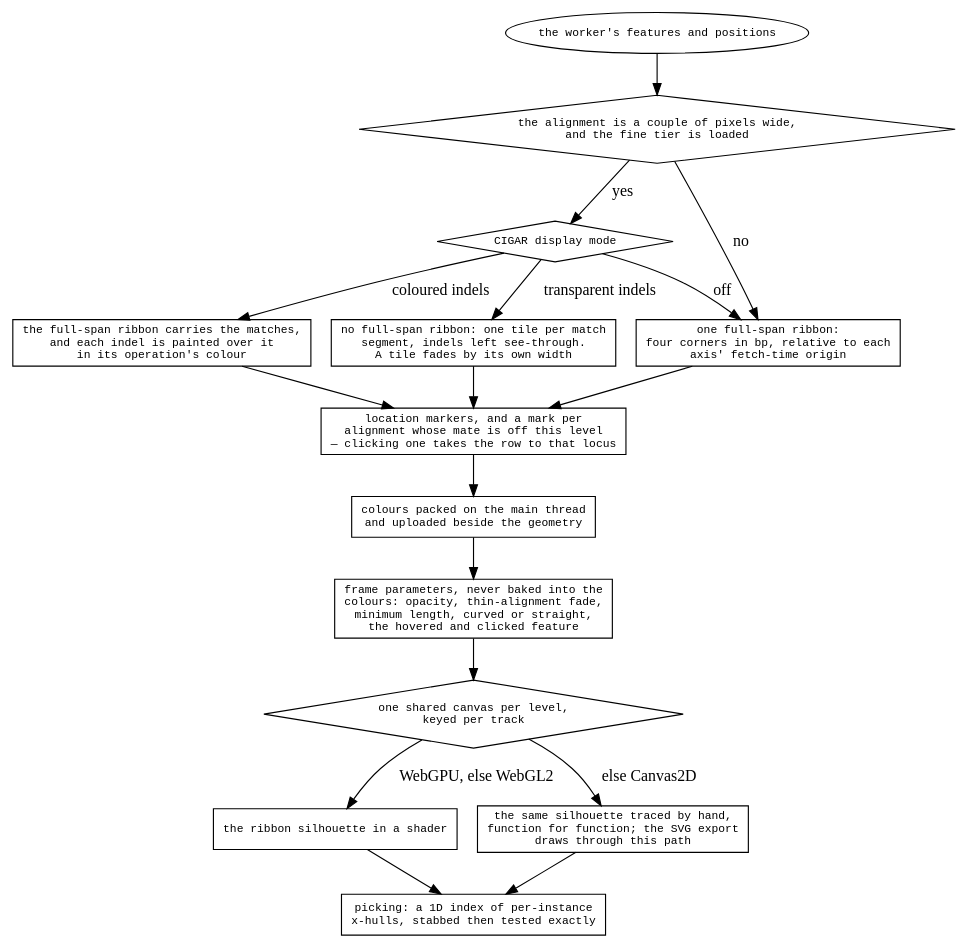
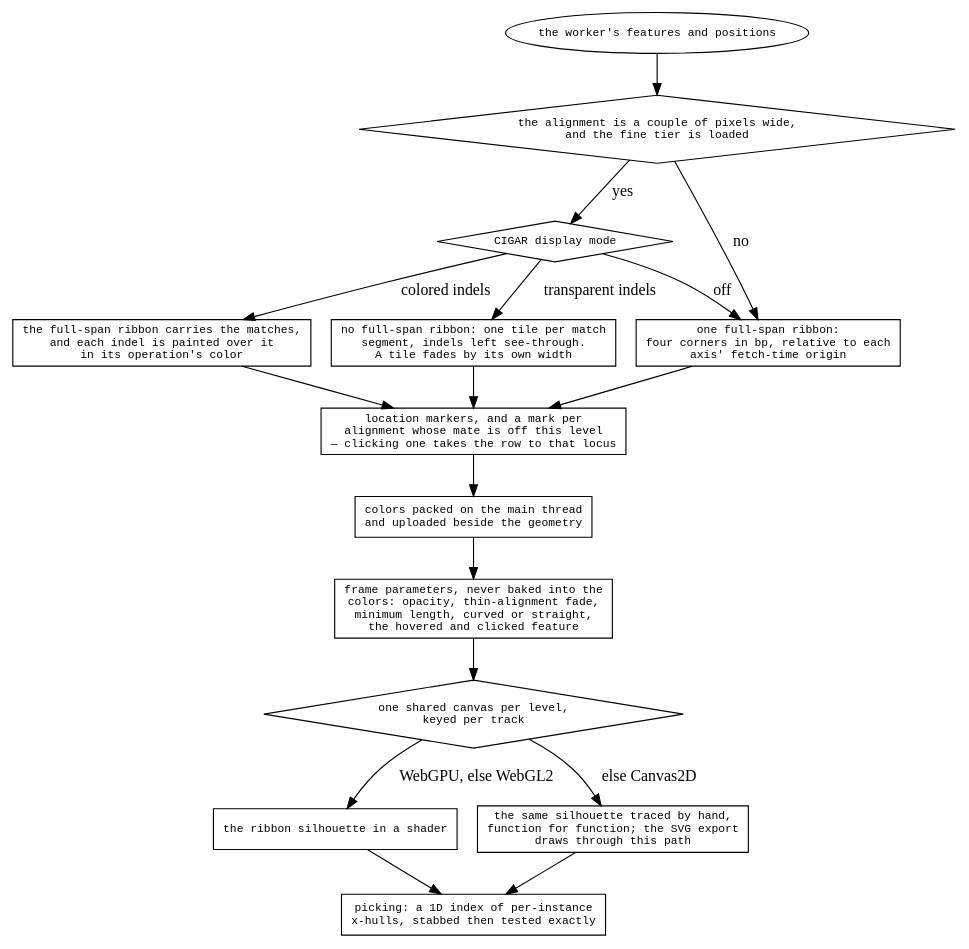
One commit to GMOD/jbrowse-components changed the diagram in agent-docs/reference/diagrams/synteny-draw.dot. Above: the diagram before and after it, drawn with Graphviz. The commit also changed 1109 other files, not shown here.

```diff
--- a/agent-docs/reference/diagrams/synteny-draw.dot
+++ b/agent-docs/reference/diagrams/synteny-draw.dot
@@ -1,37 +1,37 @@
 digraph synteny_draw {
   rankdir=TB
   node [shape=box fontname=monospace fontsize=10]
   { node [shape=diamond] wide; cigarmode; backend }
 
   payload [label="the worker's features and positions", shape=oval]
   payload -> wide
   wide [label="the alignment is a couple of pixels wide,\nand the fine tier is loaded"]
   wide -> cigarmode [label=" yes"]
   wide -> plain     [label=" no"]
   plain [label="one full-span ribbon:\nfour corners in bp, relative to each\naxis' fetch-time origin"]
 
   cigarmode [label="CIGAR display mode"]
-  cigarmode -> coloured    [label=" coloured indels"]
+  cigarmode -> colored    [label=" colored indels"]
   cigarmode -> transparent [label=" transparent indels"]
   cigarmode -> plain       [label=" off"]
-  coloured    [label="the full-span ribbon carries the matches,\nand each indel is painted over it\nin its operation's colour"]
+  colored    [label="the full-span ribbon carries the matches,\nand each indel is painted over it\nin its operation's color"]
   transparent [label="no full-span ribbon: one tile per match\nsegment, indels left see-through.\nA tile fades by its own width"]
 
   marks [label="location markers, and a mark per\nalignment whose mate is off this level\n— clicking one takes the row to that locus"]
-  plain -> marks  coloured -> marks  transparent -> marks
+  plain -> marks  colored -> marks  transparent -> marks
 
-  colours [label="colours packed on the main thread\nand uploaded beside the geometry"]
-  marks -> colours
+  colors [label="colors packed on the main thread\nand uploaded beside the geometry"]
+  marks -> colors
 
-  params [label="frame parameters, never baked into the\ncolours: opacity, thin-alignment fade,\nminimum length, curved or straight,\nthe hovered and clicked feature"]
-  colours -> params -> backend
+  params [label="frame parameters, never baked into the\ncolors: opacity, thin-alignment fade,\nminimum length, curved or straight,\nthe hovered and clicked feature"]
+  colors -> params -> backend
 
   backend [label="one shared canvas per level,\nkeyed per track"]
   backend -> gpu [label=" WebGPU, else WebGL2"]
   backend -> c2d [label=" else Canvas2D"]
   gpu [label="the ribbon silhouette in a shader"]
   c2d [label="the same silhouette traced by hand,\nfunction for function; the SVG export\ndraws through this path"]
 
   pick [label="picking: a 1D index of per-instance\nx-hulls, stabbed then tested exactly"]
   gpu -> pick  c2d -> pick
 }
```
